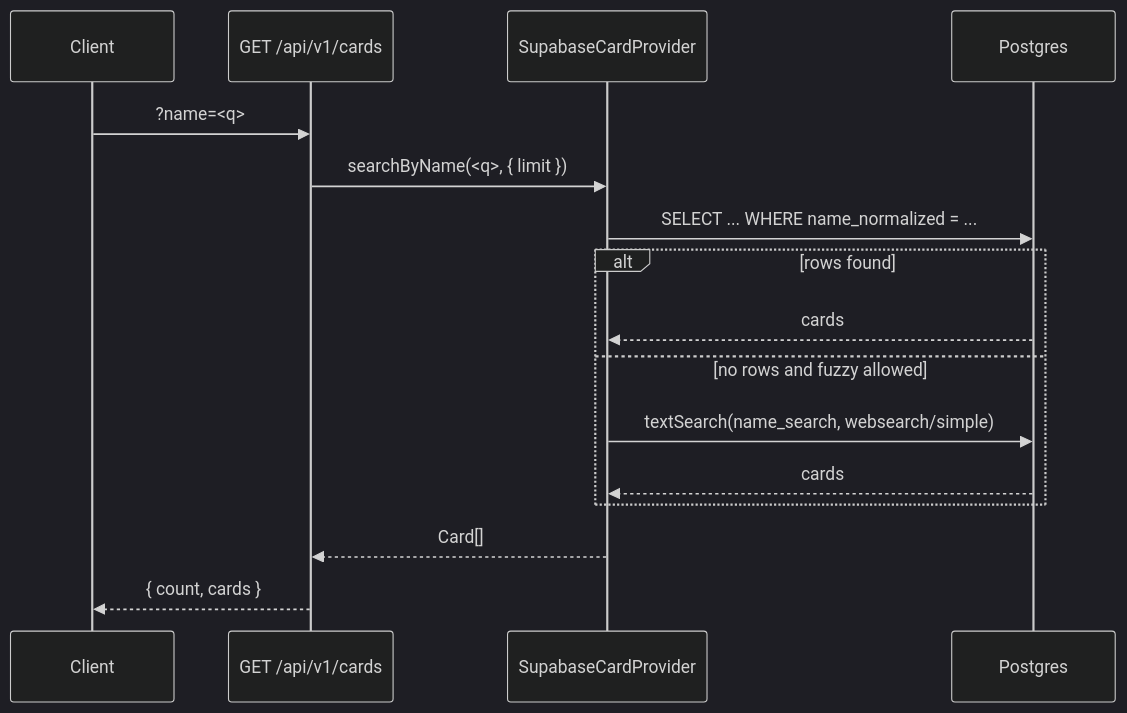
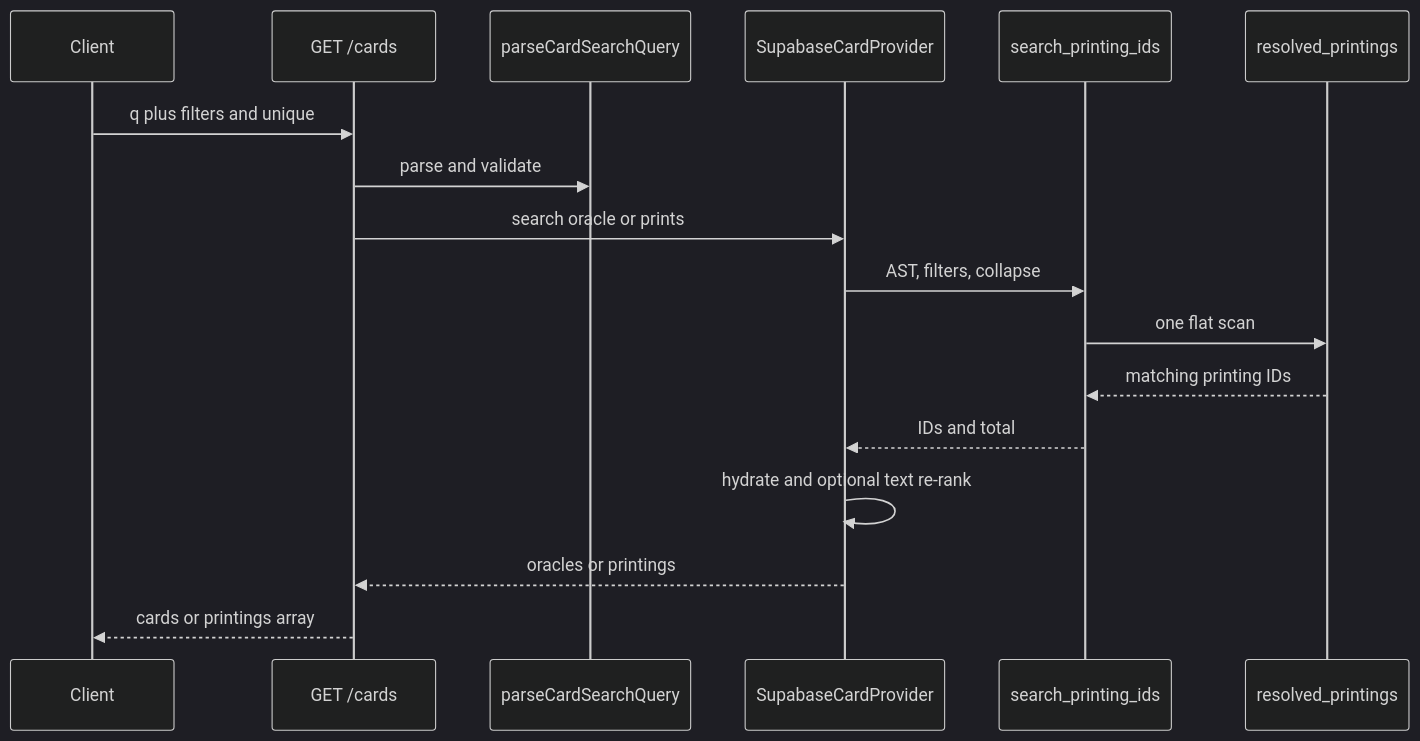
The diagram in packages/api/docs/search.md (EggsLeggs/Riftseer), drawn with Mermaid (dark theme) before and after one commit. The commit also changed other lines of this file and 636 other files, not shown here.

````diff
--- a/packages/api/docs/search.md
+++ b/packages/api/docs/search.md
@@ -64,19 +111,20 @@
 ```mermaid
 sequenceDiagram
-    participant Client
-    participant API as GET /api/v1/cards
-    participant Provider as SupabaseCardProvider
-    participant PG as Postgres
+  participant Client
+  participant API as GET /cards
+  participant Parser as parseCardSearchQuery
+  participant Provider as SupabaseCardProvider
+  participant RPC as search_printing_ids
+  participant Projection as resolved_printings
 
-    Client->>API: ?name=<q>
-    API->>Provider: searchByName(<q>, { limit })
-    Provider->>PG: SELECT ... WHERE name_normalized = ...
-    alt rows found
-        PG-->>Provider: cards
-    else no rows and fuzzy allowed
-        Provider->>PG: textSearch(name_search, websearch/simple)
-        PG-->>Provider: cards
-    end
-    Provider-->>API: Card[]
-    API-->>Client: { count, cards }
+  Client->>API: q plus filters and unique
+  API->>Parser: parse and validate
+  API->>Provider: search oracle or prints
+  Provider->>RPC: AST, filters, collapse
+  RPC->>Projection: one flat scan
+  Projection-->>RPC: matching printing IDs
+  RPC-->>Provider: IDs and total
+  Provider->>Provider: hydrate and optional text re-rank
+  Provider-->>API: oracles or printings
+  API-->>Client: cards or printings array
 ```
````
